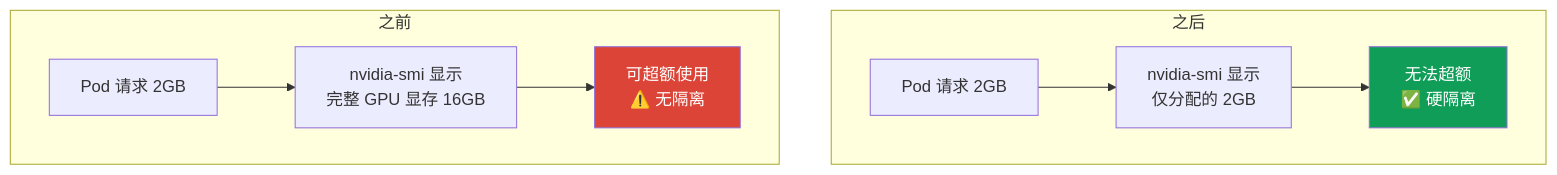
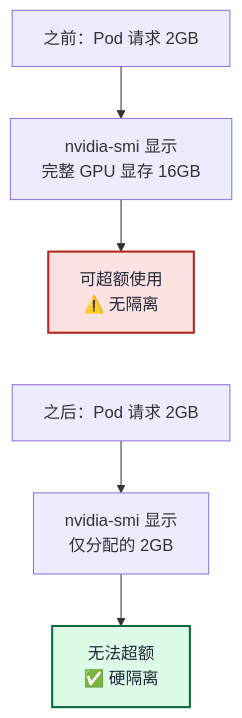
The second of 3 diagrams in i18n/zh/docusaurus-plugin-content-blog/hami-core-adopted-by-nvidia-kai-scheduler/index.md (Project-HAMi/website), drawn with Mermaid before and after one commit. The commit also changed other lines of this file and 1 other file, not shown here.

Commit message:
fix: update mermaid diagrams for clarity and consistency in KAI Scheduler integration

````diff
--- a/i18n/zh/docusaurus-plugin-content-blog/hami-core-adopted-by-nvidia-kai-scheduler/index.md
+++ b/i18n/zh/docusaurus-plugin-content-blog/hami-core-adopted-by-nvidia-kai-scheduler/index.md
@@ -96,15 +85,13 @@
 ```mermaid
 %% title: GPU 显存隔离：HAMi 接入前后对比
 graph TD
-    subgraph 之后
-        B1[Pod 请求 2GB] --> B2["nvidia-smi 显示<br/>仅分配的 2GB"]
-        B2 --> B3["无法超额<br/>✅ 硬隔离"]
-    end
-    subgraph 之前
-        A1[Pod 请求 2GB] --> A2["nvidia-smi 显示<br/>完整 GPU 显存 16GB"]
-        A2 --> A3["可超额使用<br/>⚠️ 无隔离"]
-    end
+    A1["之前：Pod 请求 2GB"] --> A2["nvidia-smi 显示<br/>完整 GPU 显存 16GB"]
+    A2 --> A3["可超额使用<br/>⚠️ 无隔离"]
 
-    style A3 fill:#db4437,color:#fff
-    style B3 fill:#0f9d58,color:#fff
+    B1["之后：Pod 请求 2GB"] --> B2["nvidia-smi 显示<br/>仅分配的 2GB"]
+    B2 --> B3["无法超额<br/>✅ 硬隔离"]
+
+    A3 ~~~ B1
+    style A3 fill:#fee2e2,stroke:#b3261e,stroke-width:2px,color:#1f2937
+    style B3 fill:#dcfce7,stroke:#0b6b3c,stroke-width:2px,color:#1f2937
 ```
````
